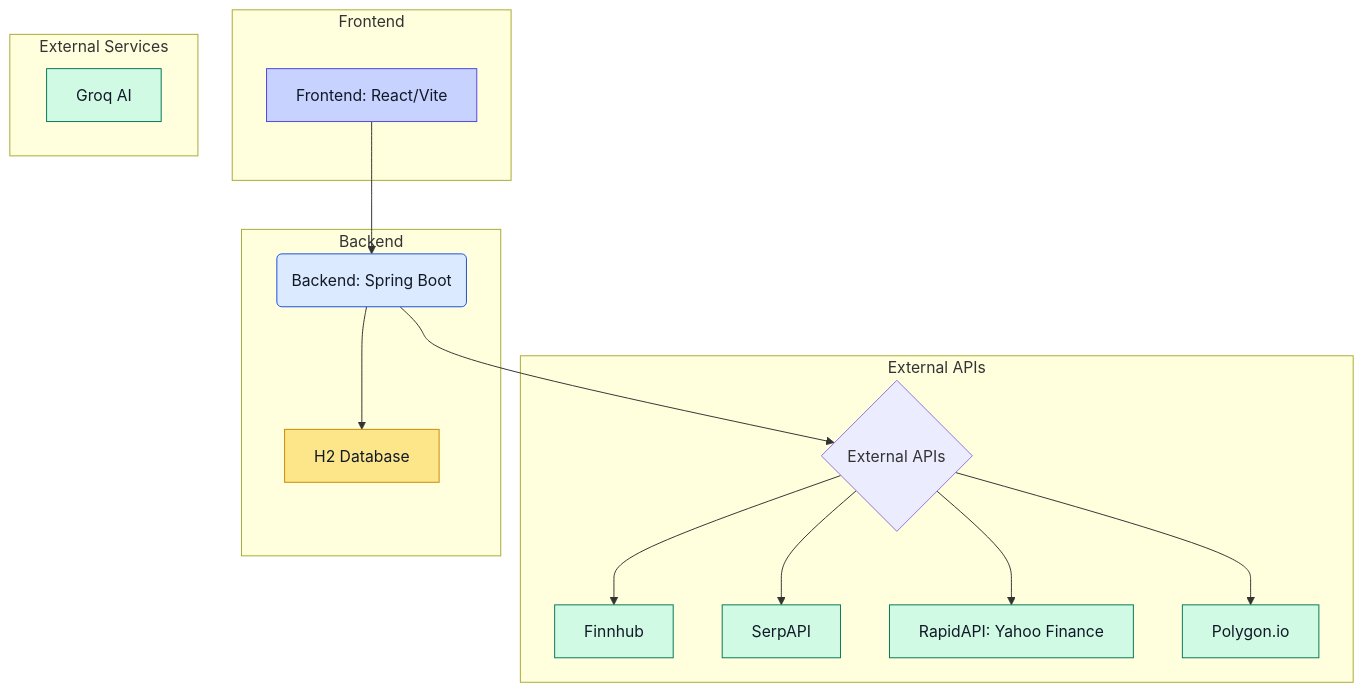
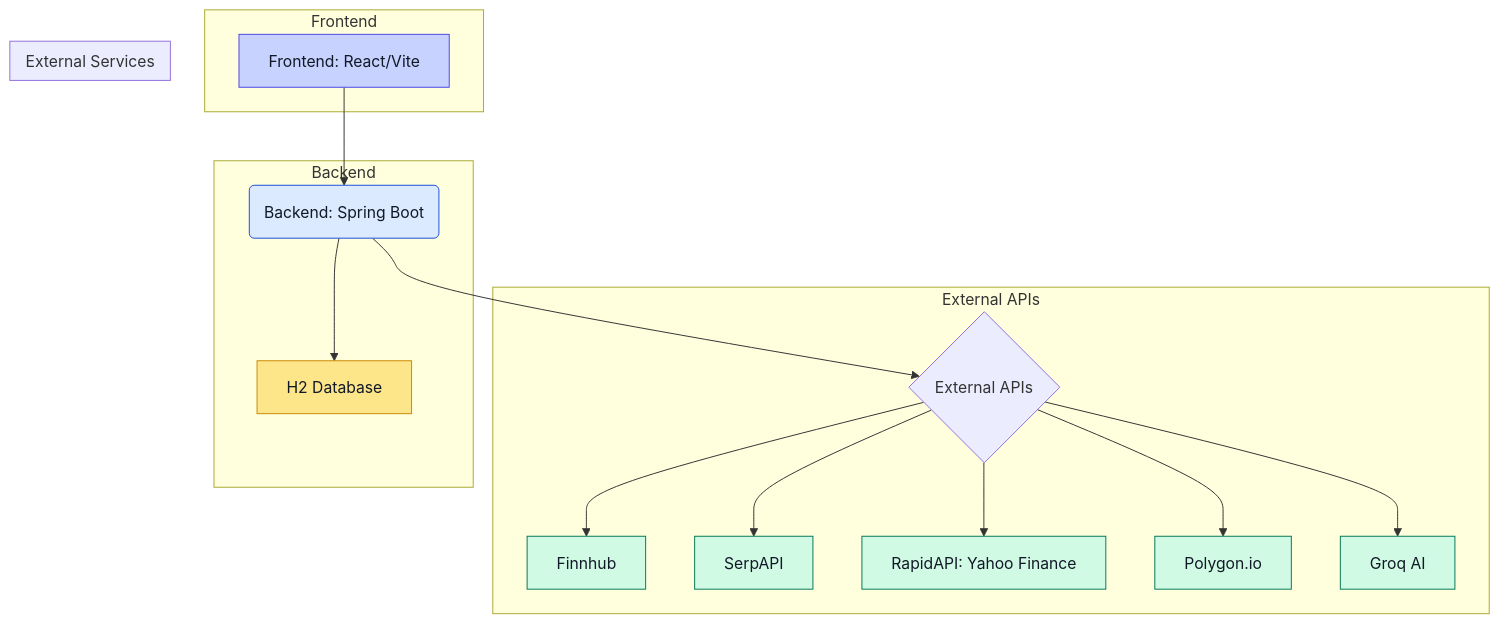
Before and after one commit to AbaSheger/borsvy: the first of 3 diagrams in README.md, drawn with Mermaid. The commit also changed other lines of this file and 17 other files, not shown here.

````diff
--- a/README.md
+++ b/README.md
@@ -19,41 +19,42 @@
 ```mermaid
 graph TD
     A[Frontend: React/Vite] --> B(Backend: Spring Boot);
     B --> C{External APIs};
     
     subgraph "External APIs"
         C --> FIN[Finnhub];
         C --> SERP[SerpAPI];
         C --> RAPID[RapidAPI: Yahoo Finance];
         C --> POLY[Polygon.io];
+        C --> GROQ[Groq AI];
     end
     
     B --> DB[H2 Database];
 
     subgraph Frontend
         A
     end
     
     subgraph Backend
         B
         DB
     end
     
     subgraph "External Services"
         FIN
         SERP
         RAPID
         POLY
-        GROQ[Groq AI]
+        GROQ
     end
     
     classDef frontend fill:#C7D2FE,stroke:#4F46E5,color:#111827;
     classDef backend fill:#DBEAFE,stroke:#1D4ED8,color:#111827;
     classDef database fill:#FDE68A,stroke:#CA8A04,color:#111827;
     classDef external fill:#D1FAE5,stroke:#047857,color:#111827;
     
     class A frontend;
     class B backend;
     class DB database;
     class FIN,SERP,RAPID,POLY,GROQ external;
 ```
````
